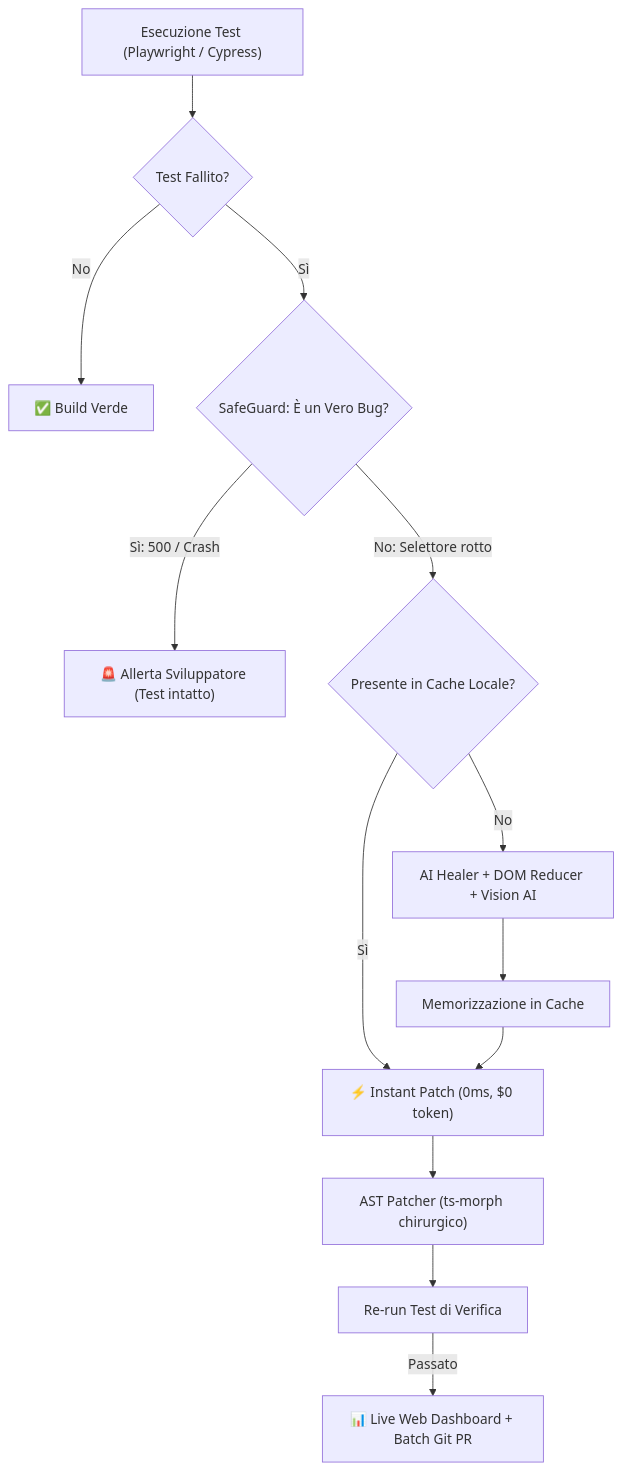
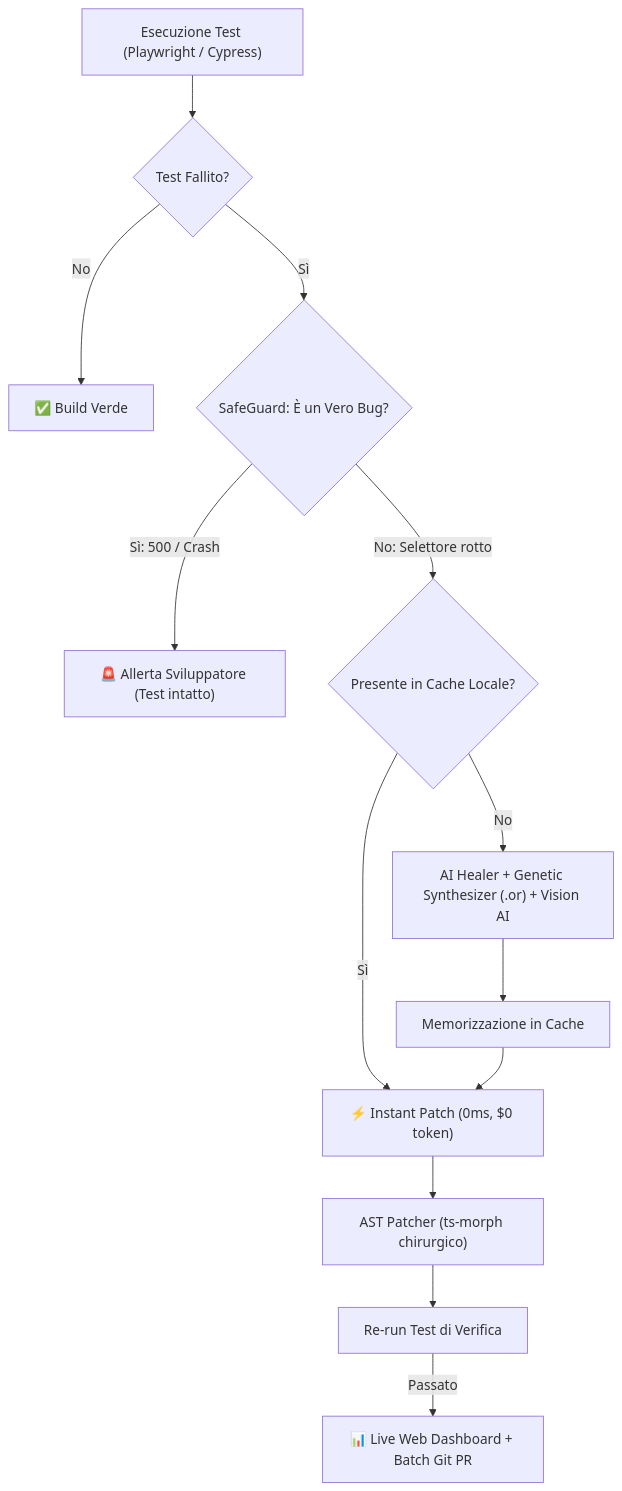
The diagram in README.md (francaroscillidev-gif/autoheal), drawn with Mermaid before and after one commit. The commit also changed other lines of this file and 8 other files, not shown here.

Commit message:
feat(v6.0): add Polymorphic Genetic Synthesizer, Synthetic Journey Explorer, Benchmarker, and Secret Sanitizer

````diff
--- a/README.md
+++ b/README.md
@@ -47,15 +54,15 @@
 ```mermaid
 flowchart TD
     A["Esecuzione Test (Playwright / Cypress)"] --> B{"Test Fallito?"}
     B -- No --> C["✅ Build Verde"]
     B -- Sì --> D{"SafeGuard: È un Vero Bug?"}
     D -- Sì: 500 / Crash --> E["🚨 Allerta Sviluppatore (Test intatto)"]
     D -- No: Selettore rotto --> F{"Presente in Cache Locale?"}
     F -- Sì --> G["⚡ Instant Patch (0ms, $0 token)"]
-    F -- No --> H["AI Healer + DOM Reducer + Vision AI"]
+    F -- No --> H["AI Healer + Genetic Synthesizer (.or) + Vision AI"]
     H --> I["Memorizzazione in Cache"]
     I --> G
     G --> J["AST Patcher (ts-morph chirurgico)"]
     J --> K["Re-run Test di Verifica"]
     K -- Passato --> L["📊 Live Web Dashboard + Batch Git PR"]
 ```
````
